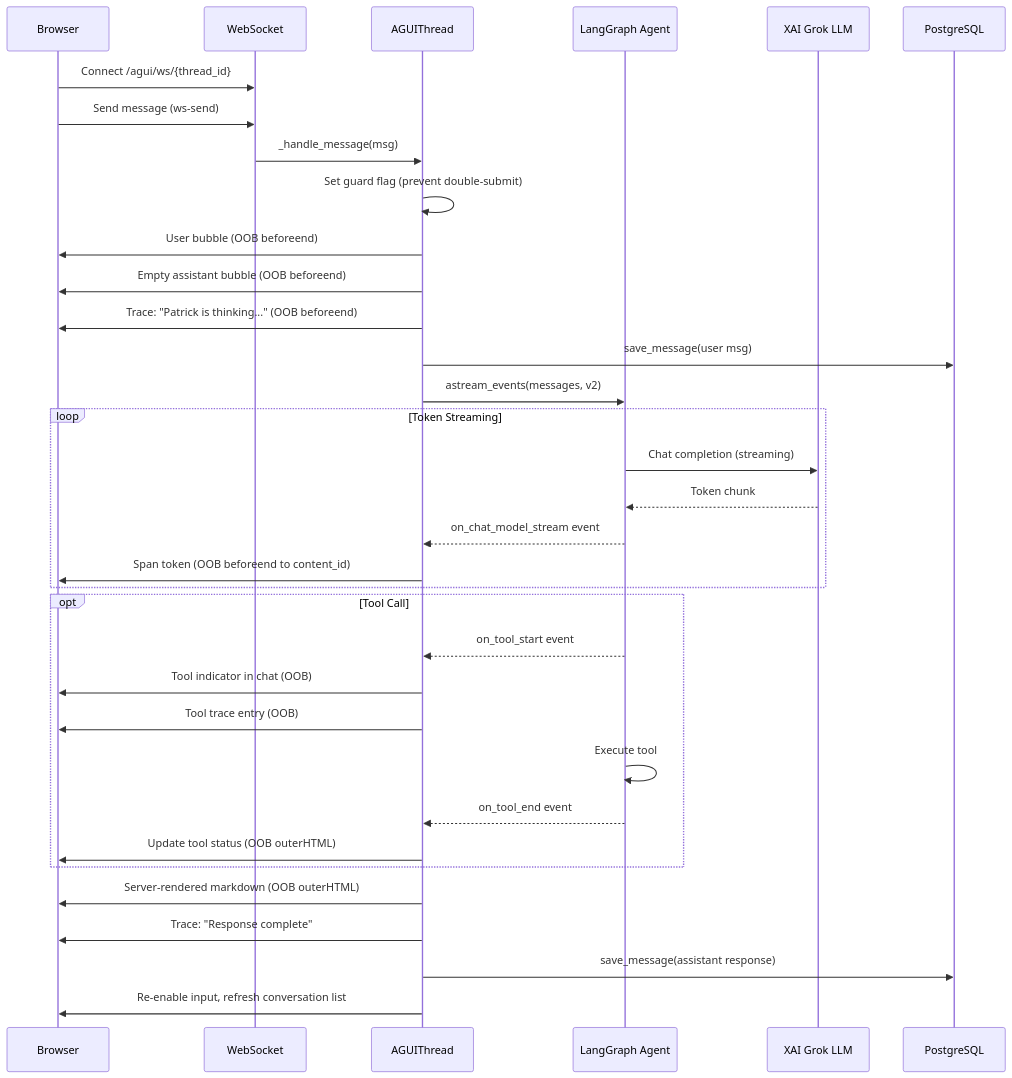
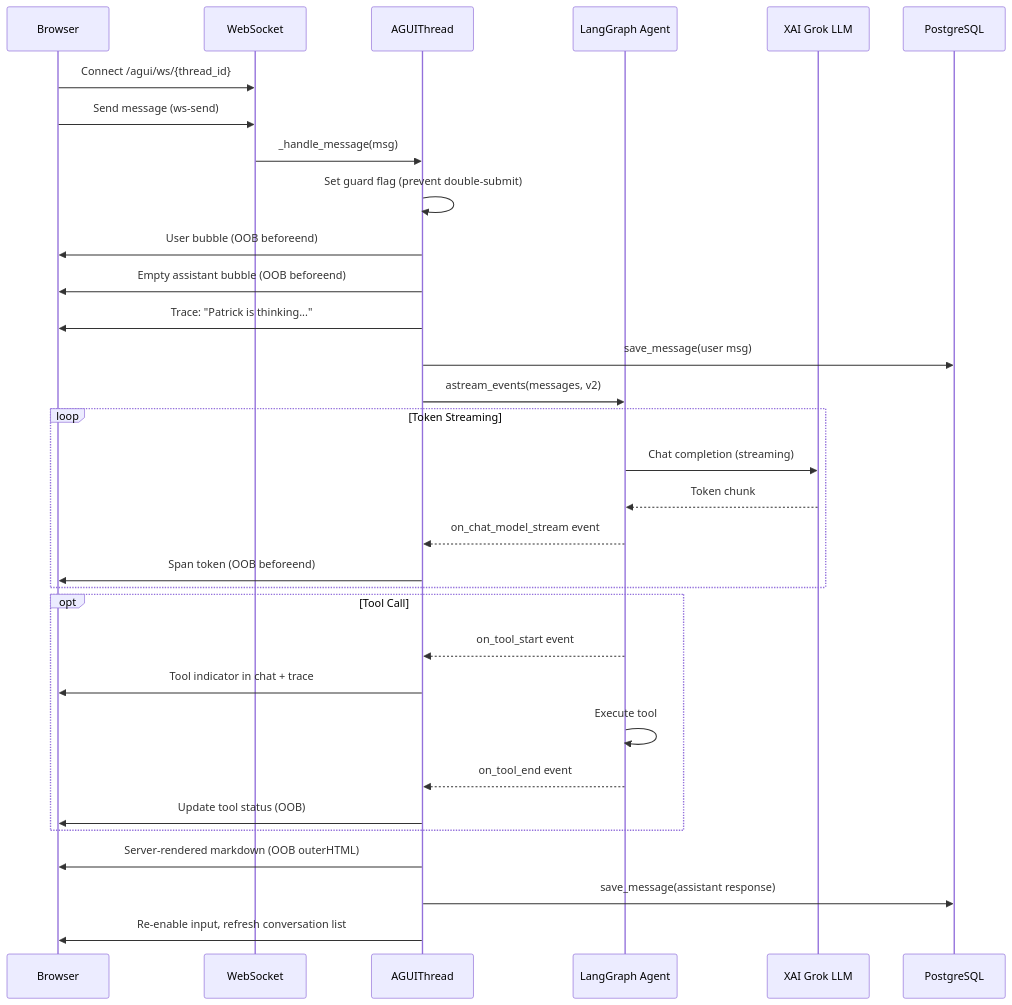
One commit to predictivelabsai/mentastic changed the fourth of 12 diagrams in docs/architecture_readme.md. Above: the diagram before and after it, drawn with Mermaid. The commit also changed other lines of this file and 13 other files, not shown here.

First line of the commit message:
Regenerate architecture docs with 12 Mermaid diagrams

````diff
--- a/docs/architecture_readme.md
+++ b/docs/architecture_readme.md
@@ -135,41 +169,39 @@
 ```mermaid
 sequenceDiagram
     participant B as Browser
     participant WS as WebSocket
     participant T as AGUIThread
     participant A as LangGraph Agent
     participant L as XAI Grok LLM
     participant DB as PostgreSQL
 
     B->>WS: Connect /agui/ws/{thread_id}
     B->>WS: Send message (ws-send)
     WS->>T: _handle_message(msg)
     T->>T: Set guard flag (prevent double-submit)
     T->>B: User bubble (OOB beforeend)
     T->>B: Empty assistant bubble (OOB beforeend)
-    T->>B: Trace: "Patrick is thinking..." (OOB beforeend)
+    T->>B: Trace: "Patrick is thinking..."
     T->>DB: save_message(user msg)
 
     T->>A: astream_events(messages, v2)
 
     loop Token Streaming
         A->>L: Chat completion (streaming)
         L-->>A: Token chunk
         A-->>T: on_chat_model_stream event
-        T->>B: Span token (OOB beforeend to content_id)
+        T->>B: Span token (OOB beforeend)
     end
 
     opt Tool Call
         A-->>T: on_tool_start event
-        T->>B: Tool indicator in chat (OOB)
-        T->>B: Tool trace entry (OOB)
+        T->>B: Tool indicator in chat + trace
         A->>A: Execute tool
         A-->>T: on_tool_end event
-        T->>B: Update tool status (OOB outerHTML)
+        T->>B: Update tool status (OOB)
     end
 
     T->>B: Server-rendered markdown (OOB outerHTML)
-    T->>B: Trace: "Response complete"
     T->>DB: save_message(assistant response)
     T->>B: Re-enable input, refresh conversation list
 ```
````
